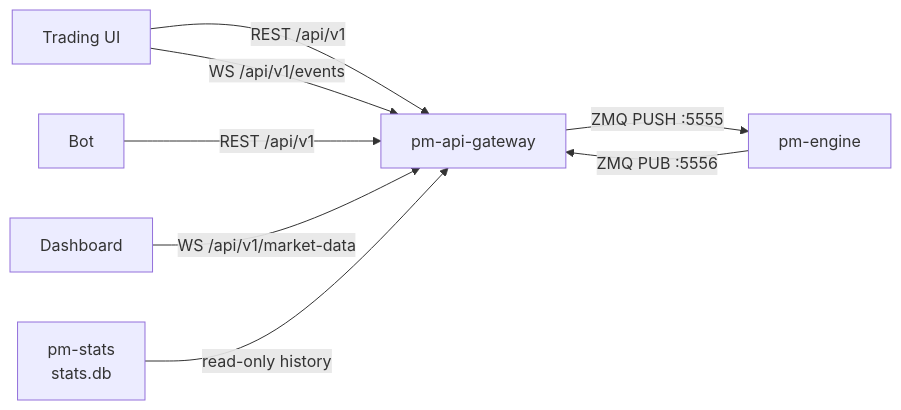
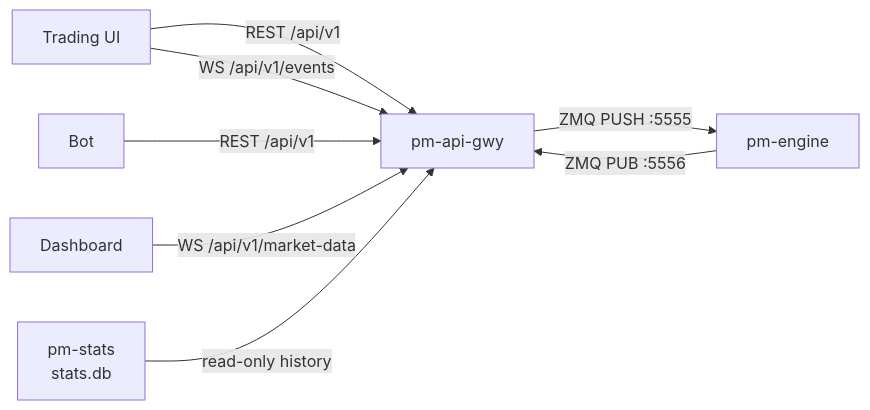
One commit to johan162/EduMatcher changed the diagram in docs/user-guide/21-api-gateway.md. Above: the diagram before and after it, drawn with Mermaid. The commit also changed other lines of this file and 17 other files, not shown here.

Commit message:
Renamed `pm-api-gateway` to `pm-api-gwy`

````diff
--- a/docs/user-guide/21-api-gateway.md
+++ b/docs/user-guide/21-api-gateway.md
@@ -24,10 +24,10 @@
 ```mermaid
 flowchart LR
-    UI[Trading UI] -->|REST /api/v1| API[pm-api-gateway]
+    UI[Trading UI] -->|REST /api/v1| API[pm-api-gwy]
     BOT[Bot] -->|REST /api/v1| API
   UI -->|WS /api/v1/events| API
   DASH[Dashboard] -->|WS /api/v1/market-data| API
     API -->|ZMQ PUSH :5555| ENG[pm-engine]
     ENG -->|ZMQ PUB :5556| API
     STATS[pm-stats\nstats.db] -->|read-only history| API
 ```
````
